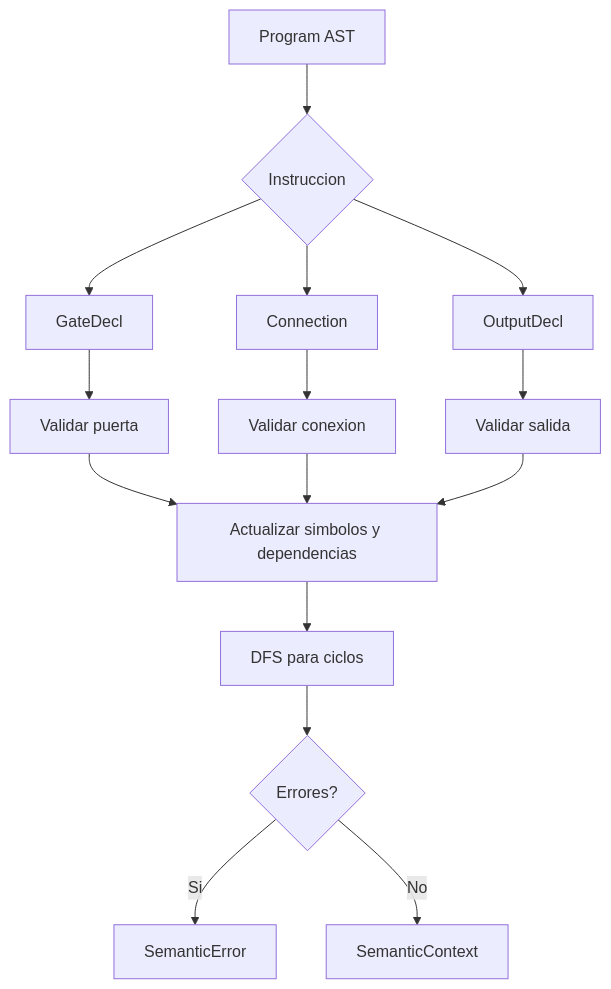
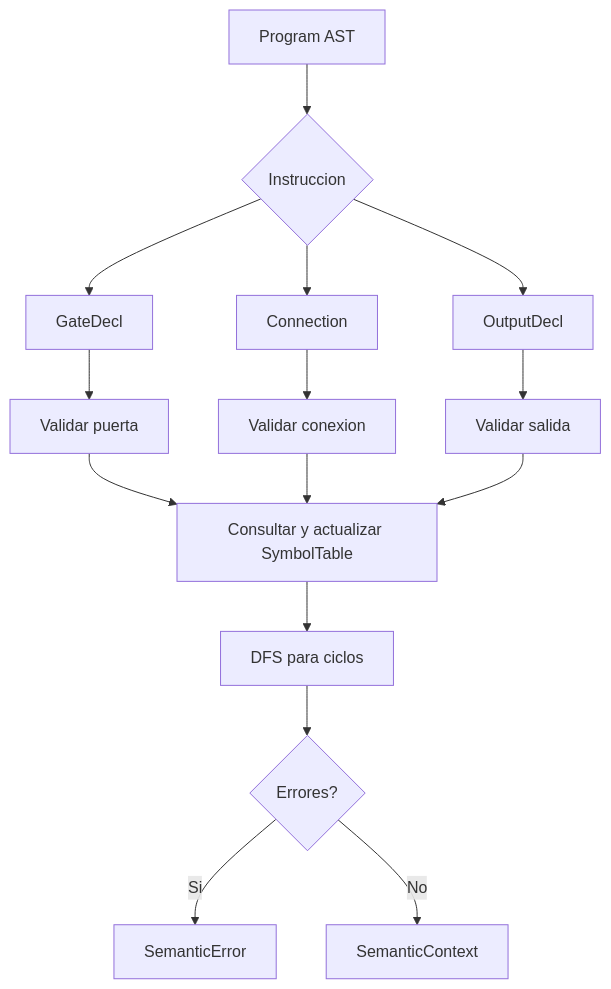
Before and after one commit to AndersonOjeda/mini-lenguaje-circuitos-digitales: the diagram in docs/04_semantica.md, drawn with Mermaid. The commit also changed other lines of this file and 13 other files, not shown here.

````diff
--- a/docs/04_semantica.md
+++ b/docs/04_semantica.md
@@ -114,17 +116,17 @@
 ```mermaid
 flowchart TD
     A[Program AST] --> B{Instruccion}
     B --> C[GateDecl]
     B --> D[Connection]
     B --> E[OutputDecl]
     C --> F[Validar puerta]
     D --> G[Validar conexion]
     E --> H[Validar salida]
-    F --> I[Actualizar simbolos y dependencias]
+    F --> I[Consultar y actualizar SymbolTable]
     G --> I
     H --> I
     I --> J[DFS para ciclos]
     J --> K{Errores?}
     K -->|Si| L[SemanticError]
     K -->|No| M[SemanticContext]
 ```
````
